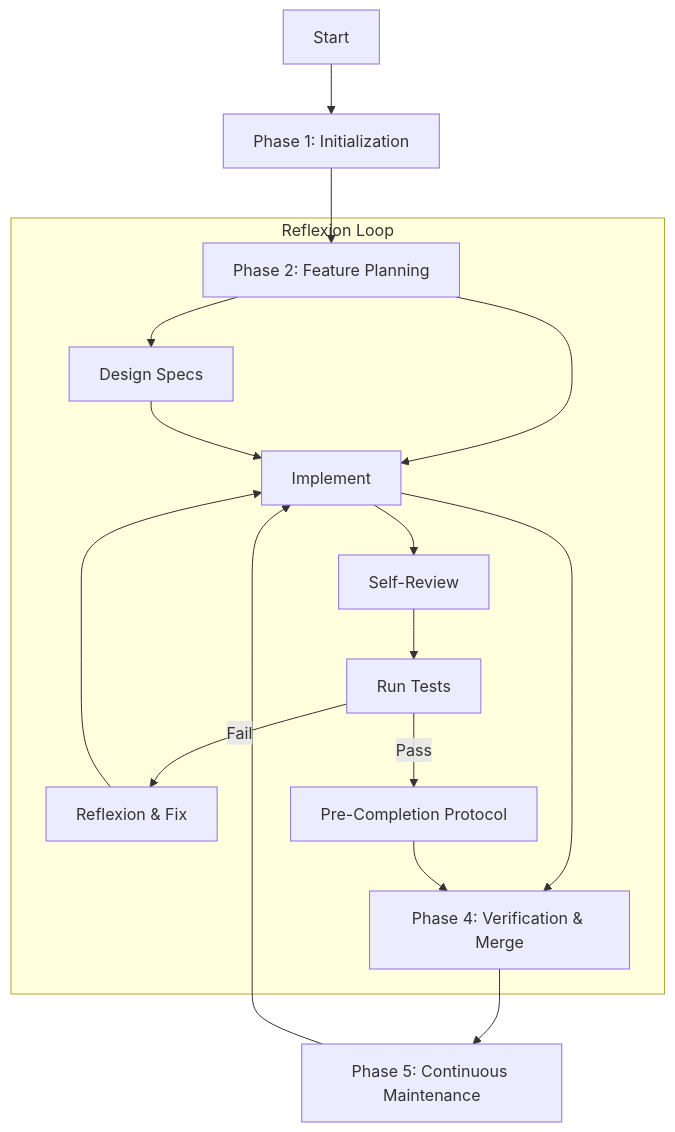
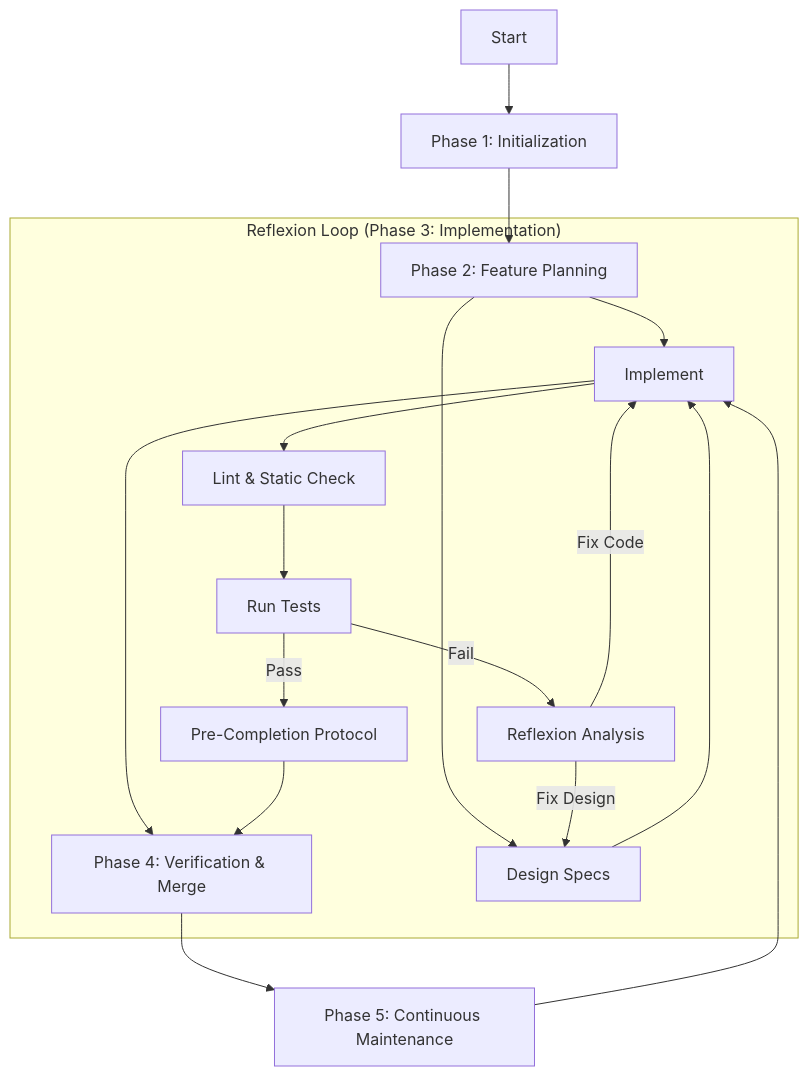
One commit to ldzhouquan/agent-harness-skill changed the diagram in agent-harness/workflow.md. Above: the diagram before and after it, drawn with Mermaid. The commit also changed 3 other files, not shown here.

First line of the commit message:
Refactor(workflow): Implement Reflexion Loop, Observability First, and Design Environment enforcement

````diff
--- a/agent-harness/workflow.md
+++ b/agent-harness/workflow.md
@@ -7,20 +7,23 @@
 ```mermaid
 graph TD
     Start[Start] --> Init[Phase 1: Initialization]
     Init --> Plan[Phase 2: Feature Planning]
     Plan --> Dev[Phase 3: Incremental Development]
     Dev --> Verify[Phase 4: Verification & Merge]
     Verify --> Maintain[Phase 5: Continuous Maintenance]
     Maintain --> Dev
     
-    subgraph "Reflexion Loop"
+    %% Reflexion Loop IS the Main Execution Engine
+    %% It replaces the traditional linear Dev->Test flow
+    subgraph "Reflexion Loop (Phase 3: Implementation)"
     Plan --> Design[Design Specs]
     Design --> Dev[Implement]
-    Dev --> Review[Self-Review]
-    Review --> Test[Run Tests]
-    Test -->|Fail| Analyze[Reflexion & Fix]
-    Analyze --> Dev
+    Dev --> Lint[Lint & Static Check]
+    Lint --> Test[Run Tests]
+    Test -->|Fail| Analyze[Reflexion Analysis]
+    Analyze -->|Fix Code| Dev
+    Analyze -->|Fix Design| Design
     Test -->|Pass| Protocol[Pre-Completion Protocol]
     Protocol --> Verify
     end
 ```
````
